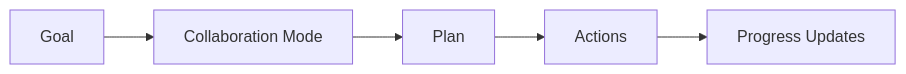
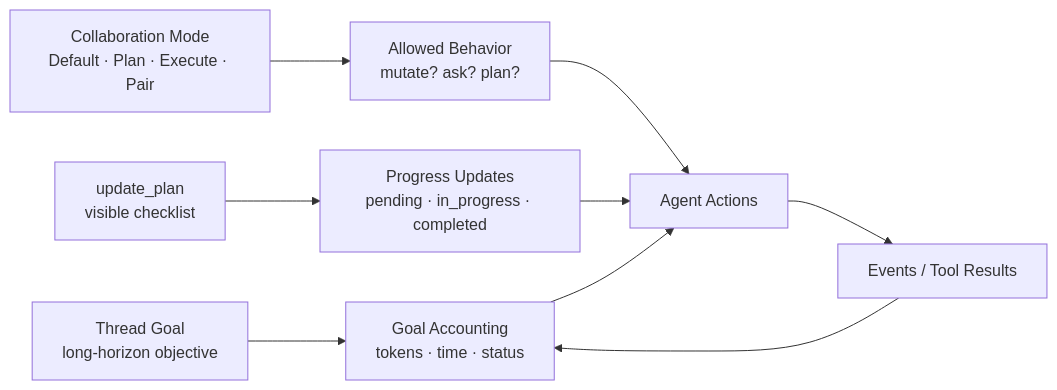
Before and after one commit to zz1403489227-crypto/learn-codex: the diagram in s13_plans_modes_and_goals/README.md, drawn with Mermaid. The commit also changed other lines of this file and 5 other files, not shown here.

````diff
--- a/s13_plans_modes_and_goals/README.md
+++ b/s13_plans_modes_and_goals/README.md
@@ -3,7 +3,11 @@
 ```mermaid
 flowchart LR
-    G["Goal"] --> M["Collaboration Mode"]
-    M --> P["Plan"]
-    P --> A["Actions"]
-    A --> U["Progress Updates"]
+    G["Thread Goal<br/>long-horizon objective"] --> C["Goal Accounting<br/>tokens · time · status"]
+    M["Collaboration Mode<br/>Default · Plan · Execute · Pair"] --> X["Allowed Behavior<br/>mutate? ask? plan?"]
+    P["update_plan<br/>visible checklist"] --> U["Progress Updates<br/>pending · in_progress · completed"]
+    X --> A["Agent Actions"]
+    U --> A
+    C --> A
+    A --> E["Events / Tool Results"]
+    E --> C
 ```
````
